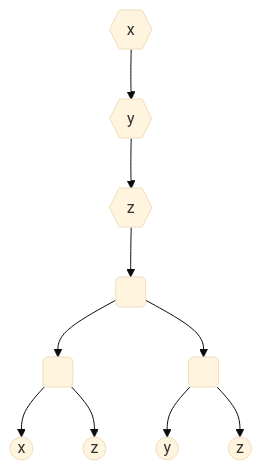
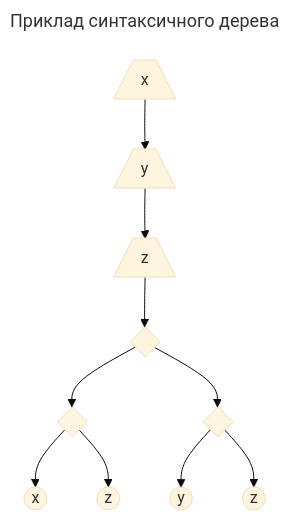
Before and after one commit to gzholtkevych/CertifiedProgramming: the first of 3 diagrams in Lectures/lecture-2.md, drawn with Mermaid (base theme). The commit also changed other lines of this file, not shown here.

````diff
--- a/Lectures/lecture-2.md
+++ b/Lectures/lecture-2.md
@@ -31,12 +31,15 @@
 ```mermaid
+---
+title: Приклад синтаксичного дерева
+---
 graph TD
-    A{{x}} --> B{{y}}
-    B --> C{{z}}
-    C --> D( )
-    D --> E( )
-    D --> F( )
+    A[/x\] --> B[/y\]
+    B --> C[/z\]
+    C --> D{ }
+    D --> E{ }
+    D --> F{ }
     E --> G((x))
     E --> H((z))
     F --> I((y))
     F --> J((z))
 ```
````
